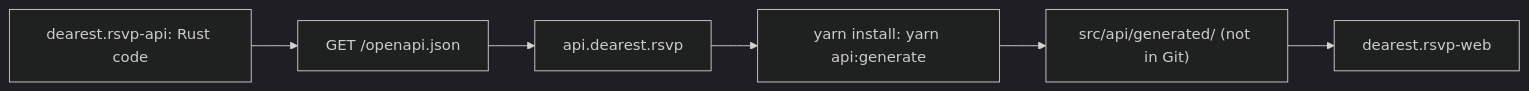
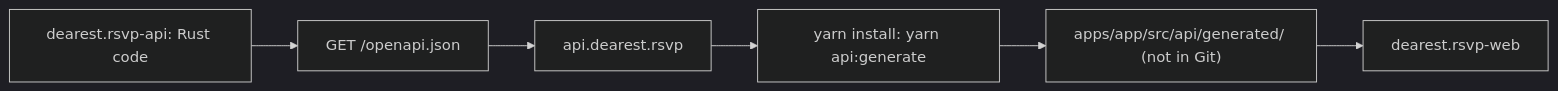
One commit to willgardner9/dearest.rsvp-web changed the diagram in README.md. Above: the diagram before and after it, drawn with Mermaid (dark theme). The commit also changed other lines of this file, not shown here.

````diff
--- a/README.md
+++ b/README.md
@@ -57,8 +78,8 @@
 ```mermaid
 flowchart LR
     code["dearest.rsvp-api: Rust code"] --> spec["GET /openapi.json"]
     spec --> live["api.dearest.rsvp"]
     live --> gen["yarn install: yarn api:generate"]
-    gen --> client["src/api/generated/ (not in Git)"]
+    gen --> client["apps/app/src/api/generated/ (not in Git)"]
     client --> app["dearest.rsvp-web"]
 ```
````
